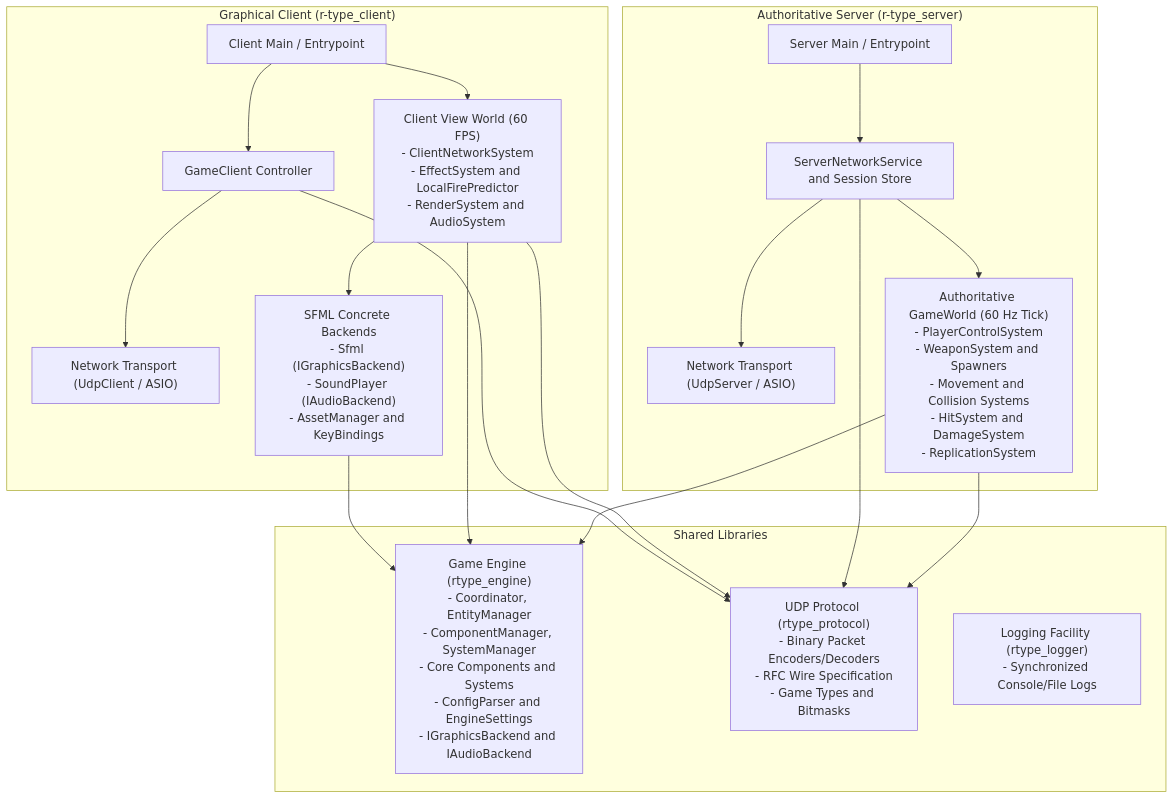
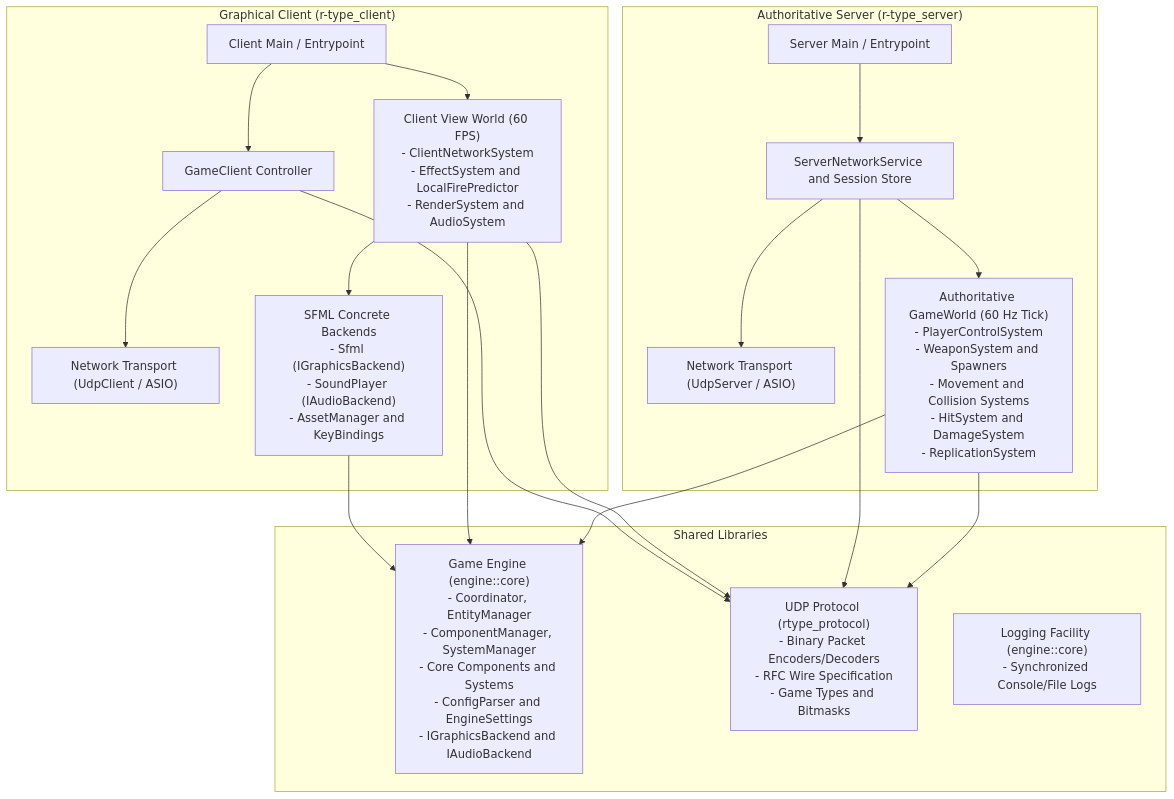
One commit to noambouillet/rtype changed the first of 4 diagrams in docs/architecture.md. Above: the diagram before and after it, drawn with Mermaid. The commit also changed other lines of this file and 3 other files, not shown here.

````diff
--- a/docs/architecture.md
+++ b/docs/architecture.md
@@ -18,39 +18,39 @@
 ```mermaid
 flowchart TD
     subgraph SharedLibraries["Shared Libraries"]
-        Engine["Game Engine (rtype_engine)<br/>- Coordinator, EntityManager<br/>- ComponentManager, SystemManager<br/>- Core Components and Systems<br/>- ConfigParser and EngineSettings<br/>- IGraphicsBackend and IAudioBackend"]
+        Engine["Game Engine (engine::core)<br/>- Coordinator, EntityManager<br/>- ComponentManager, SystemManager<br/>- Core Components and Systems<br/>- ConfigParser and EngineSettings<br/>- IGraphicsBackend and IAudioBackend"]
         Protocol["UDP Protocol (rtype_protocol)<br/>- Binary Packet Encoders/Decoders<br/>- RFC Wire Specification<br/>- Game Types and Bitmasks"]
-        Logger["Logging Facility (rtype_logger)<br/>- Synchronized Console/File Logs"]
+        Logger["Logging Facility (engine::core)<br/>- Synchronized Console/File Logs"]
     end
 
     subgraph ServerSubsystem["Authoritative Server (r-type_server)"]
         ServerMain["Server Main / Entrypoint"]
         UdpServer["Network Transport (UdpServer / ASIO)"]
         ServerNetwork["ServerNetworkService and Session Store"]
         GameWorld["Authoritative GameWorld (60 Hz Tick)<br/>- PlayerControlSystem<br/>- WeaponSystem and Spawners<br/>- Movement and Collision Systems<br/>- HitSystem and DamageSystem<br/>- ReplicationSystem"]
     end
 
     subgraph ClientSubsystem["Graphical Client (r-type_client)"]
         ClientMain["Client Main / Entrypoint"]
         UdpClient["Network Transport (UdpClient / ASIO)"]
         GameClient["GameClient Controller"]
         ClientWorld["Client View World (60 FPS)<br/>- ClientNetworkSystem<br/>- EffectSystem and LocalFirePredictor<br/>- RenderSystem and AudioSystem"]
         SFMLBackend["SFML Concrete Backends<br/>- Sfml (IGraphicsBackend)<br/>- SoundPlayer (IAudioBackend)<br/>- AssetManager and KeyBindings"]
     end
 
     ServerMain --> ServerNetwork
     ServerNetwork --> UdpServer
     ServerNetwork --> GameWorld
     GameWorld --> Engine
     GameWorld --> Protocol
     ServerNetwork --> Protocol
 
     ClientMain --> GameClient
     GameClient --> UdpClient
     ClientMain --> ClientWorld
     ClientWorld --> SFMLBackend
     ClientWorld --> Engine
     ClientWorld --> Protocol
     SFMLBackend --> Engine
     GameClient --> Protocol
 ```
````
